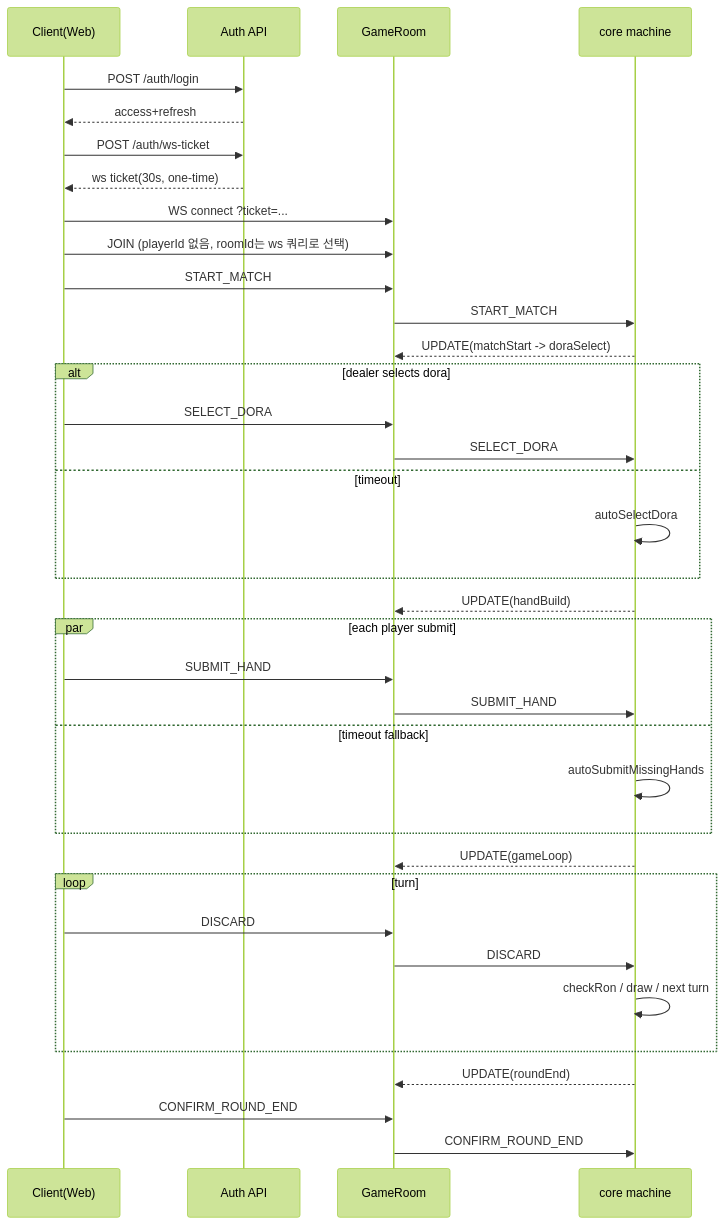
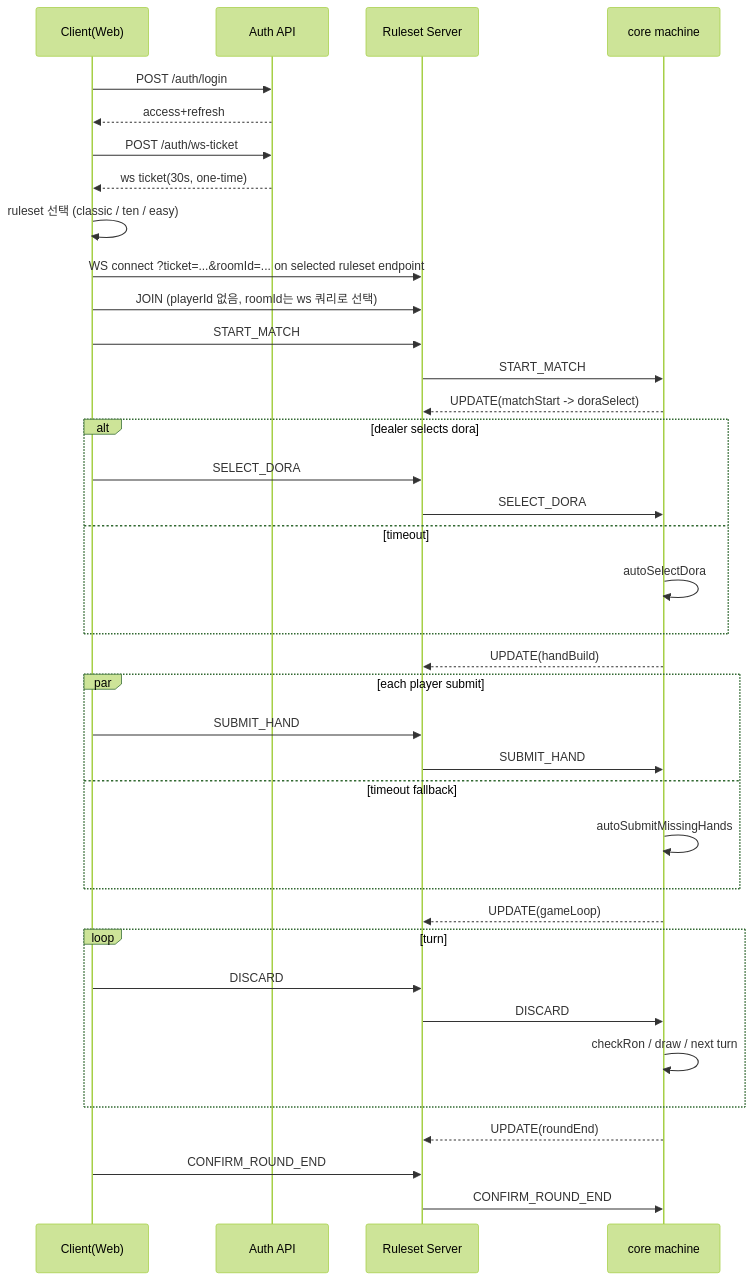
Before and after one commit to yomania/step13: the second of 2 diagrams in docs/system-flow.md, drawn with Mermaid (forest theme). The commit also changed other lines of this file and 18 other files, not shown here.

````diff
--- a/docs/system-flow.md
+++ b/docs/system-flow.md
@@ -24,45 +24,46 @@
 ```mermaid
 sequenceDiagram
     participant C as Client(Web)
     participant A as Auth API
-    participant S as GameRoom
+    participant S as Ruleset Server
     participant M as core machine
 
     C->>A: POST /auth/login
     A-->>C: access+refresh
     C->>A: POST /auth/ws-ticket
     A-->>C: ws ticket(30s, one-time)
-    C->>S: WS connect ?ticket=...
+    C->>C: ruleset 선택 (classic / ten / easy)
+    C->>S: WS connect ?ticket=...&roomId=... on selected ruleset endpoint
     C->>S: JOIN (playerId 없음, roomId는 ws 쿼리로 선택)
     C->>S: START_MATCH
     S->>M: START_MATCH
     M-->>S: UPDATE(matchStart -> doraSelect)
 
     alt dealer selects dora
         C->>S: SELECT_DORA
         S->>M: SELECT_DORA
     else timeout
         M->>M: autoSelectDora
     end
 
     M-->>S: UPDATE(handBuild)
 
     par each player submit
         C->>S: SUBMIT_HAND
         S->>M: SUBMIT_HAND
     and timeout fallback
         M->>M: autoSubmitMissingHands
     end
 
     M-->>S: UPDATE(gameLoop)
 
     loop turn
         C->>S: DISCARD
         S->>M: DISCARD
         M->>M: checkRon / draw / next turn
     end
 
     M-->>S: UPDATE(roundEnd)
     C->>S: CONFIRM_ROUND_END
     S->>M: CONFIRM_ROUND_END
 ```
````
